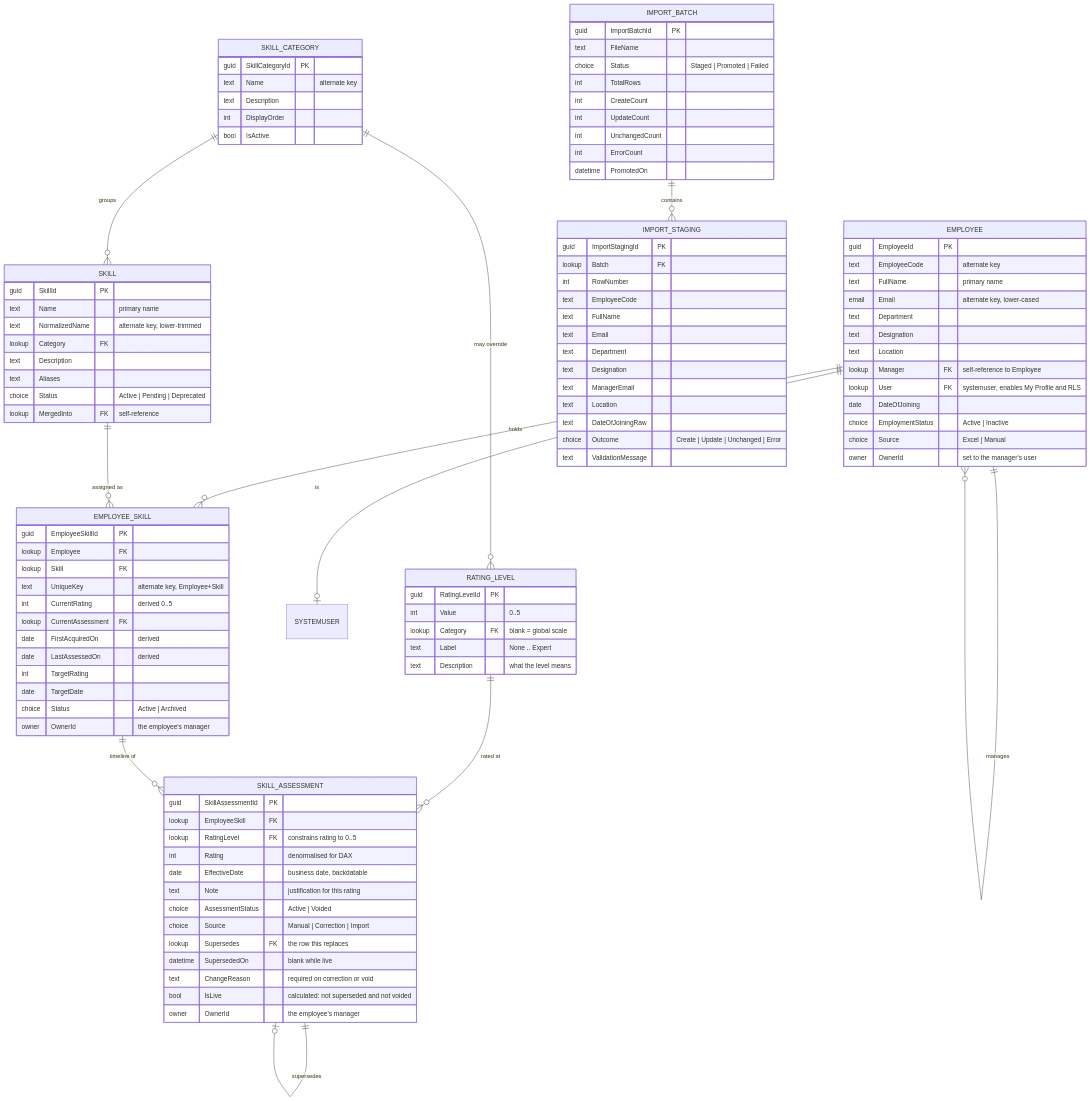
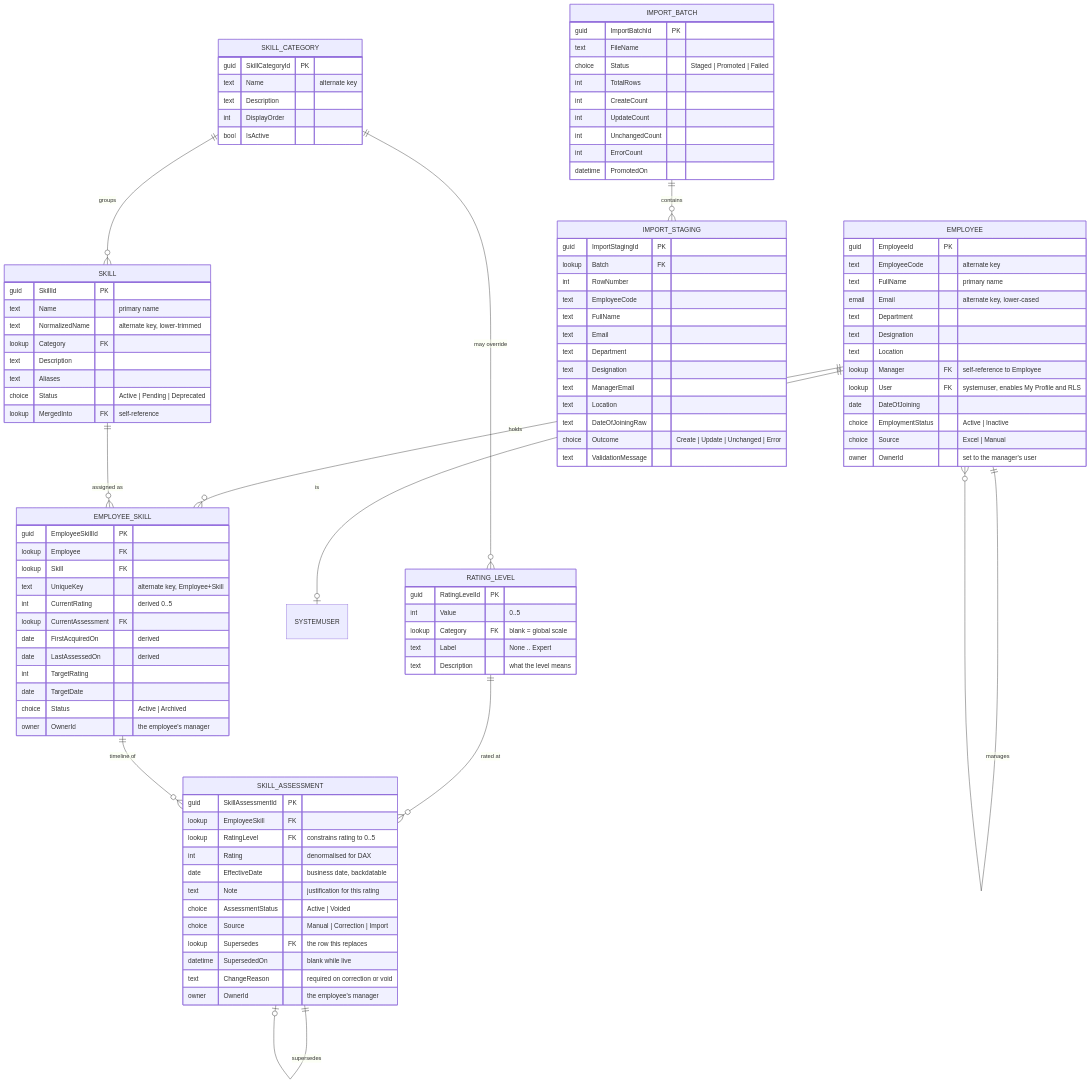
One commit to Santoshb091651/Skills-Competency-Management changed the second of 8 diagrams in ARCHITECTURE.md. Above: the diagram before and after it, drawn with Mermaid. The commit also changed other lines of this file, not shown here.

First line of the commit message:
Derive IsLive rather than storing it on Skill Assessment

```diff
--- a/ARCHITECTURE.md
+++ b/ARCHITECTURE.md
@@ -177,7 +177,6 @@
         lookup Supersedes FK "the row this replaces"
         datetime SupersededOn "blank while live"
         text ChangeReason "required on correction or void"
-        bool IsLive "calculated: not superseded and not voided"
         owner OwnerId "the employee's manager"
     }
 
```
